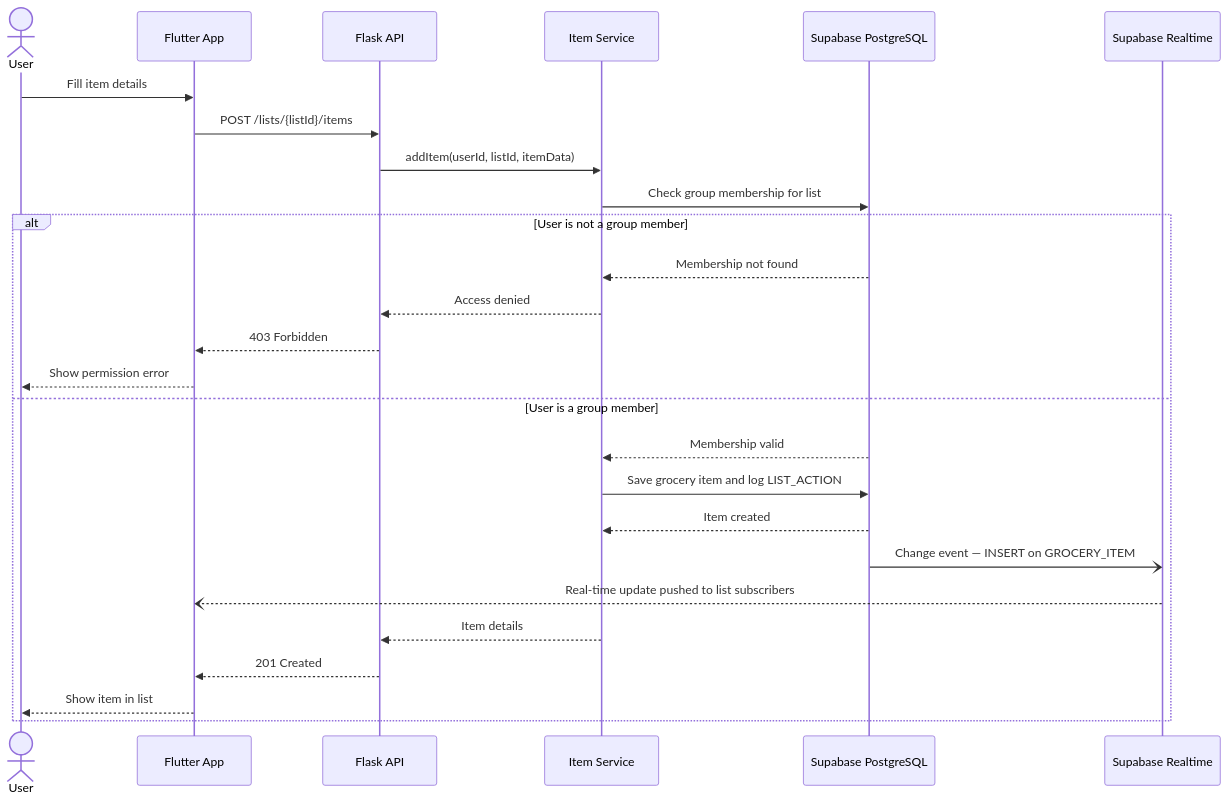
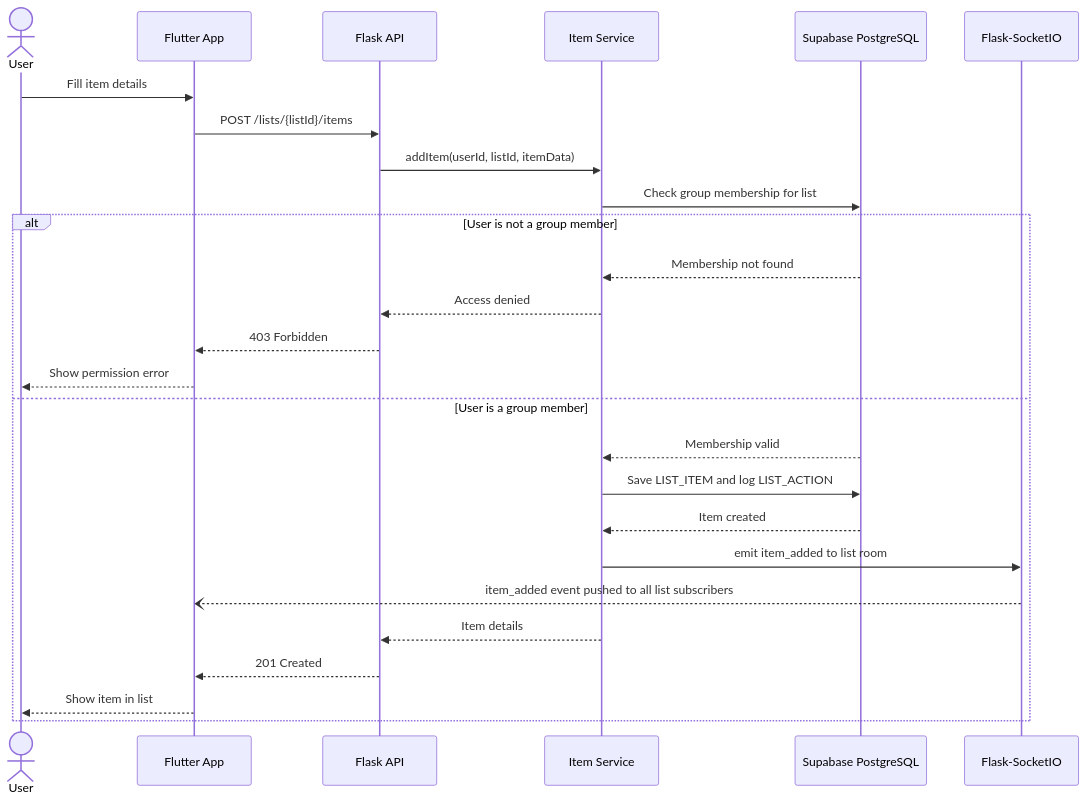
One commit to MIS-hero/Thalaja-team changed the ninth of 14 diagrams in Documentation/STAGE3technicaldocumentation.md. Above: the diagram before and after it, drawn with Mermaid. The commit also changed other lines of this file and 19 other files, not shown here.

First line of the commit message:
Add comprehensive technical documentation for Stage 3, including architecture, branding, and domain references

````diff
--- a/Documentation/STAGE3technicaldocumentation.md
+++ b/Documentation/STAGE3technicaldocumentation.md
@@ -753,30 +869,30 @@
 ```mermaid
 sequenceDiagram
     actor User
     participant App as Flutter App
     participant API as Flask API
     participant ItemService as Item Service
     participant DB as Supabase PostgreSQL
-    participant Realtime as Supabase Realtime
+    participant SocketIO as Flask-SocketIO
 
     User->>App: Fill item details
     App->>API: POST /lists/{listId}/items
     API->>ItemService: addItem(userId, listId, itemData)
     ItemService->>DB: Check group membership for list
 
     alt User is not a group member
         DB-->>ItemService: Membership not found
         ItemService-->>API: Access denied
         API-->>App: 403 Forbidden
         App-->>User: Show permission error
     else User is a group member
         DB-->>ItemService: Membership valid
-        ItemService->>DB: Save grocery item and log LIST_ACTION
+        ItemService->>DB: Save LIST_ITEM and log LIST_ACTION
         DB-->>ItemService: Item created
-        DB-)Realtime: Change event — INSERT on GROCERY_ITEM
-        Realtime--)App: Real-time update pushed to list subscribers
+        ItemService->>SocketIO: emit item_added to list room
+        SocketIO--)App: item_added event pushed to all list subscribers
         ItemService-->>API: Item details
         API-->>App: 201 Created
         App-->>User: Show item in list
     end
 ```
````
